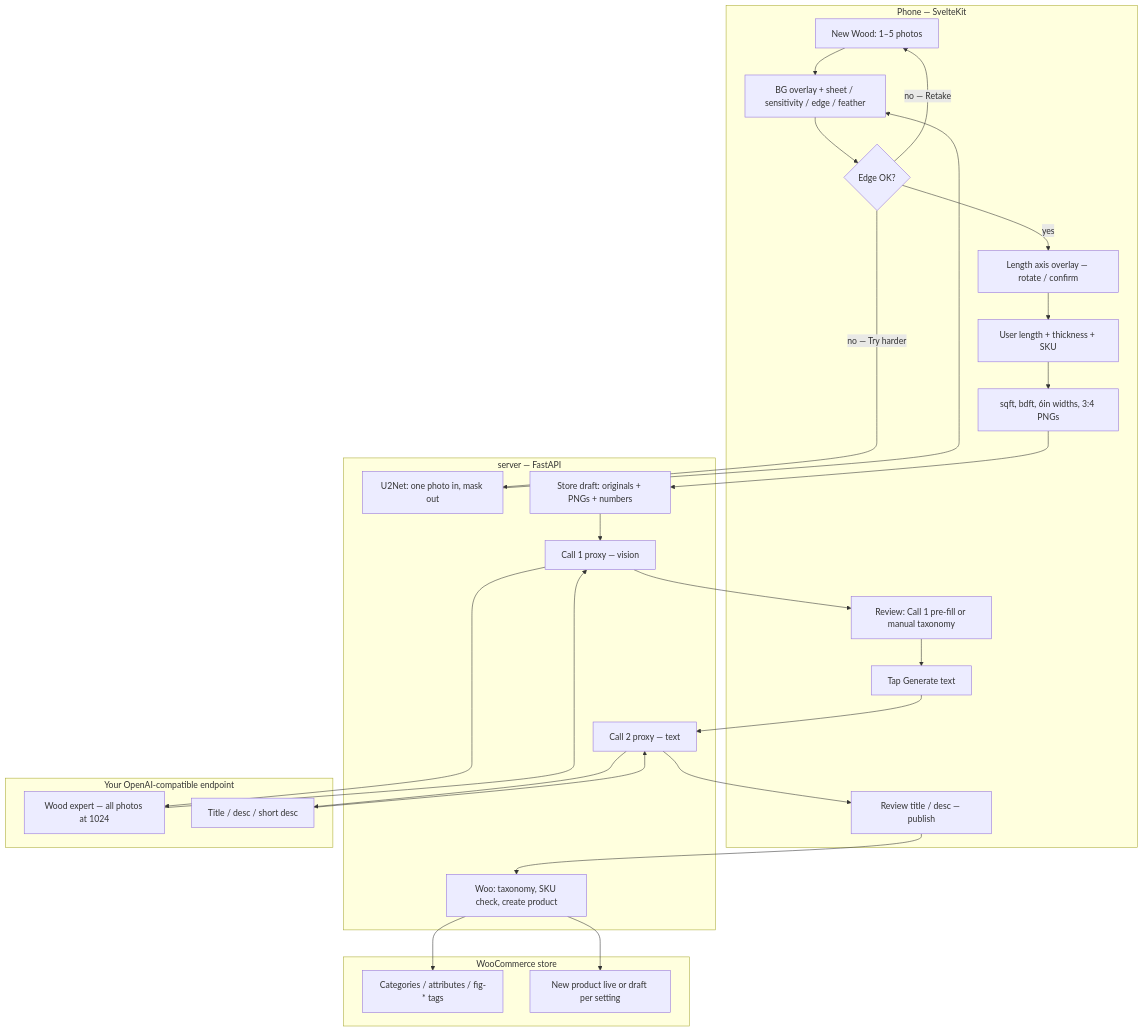
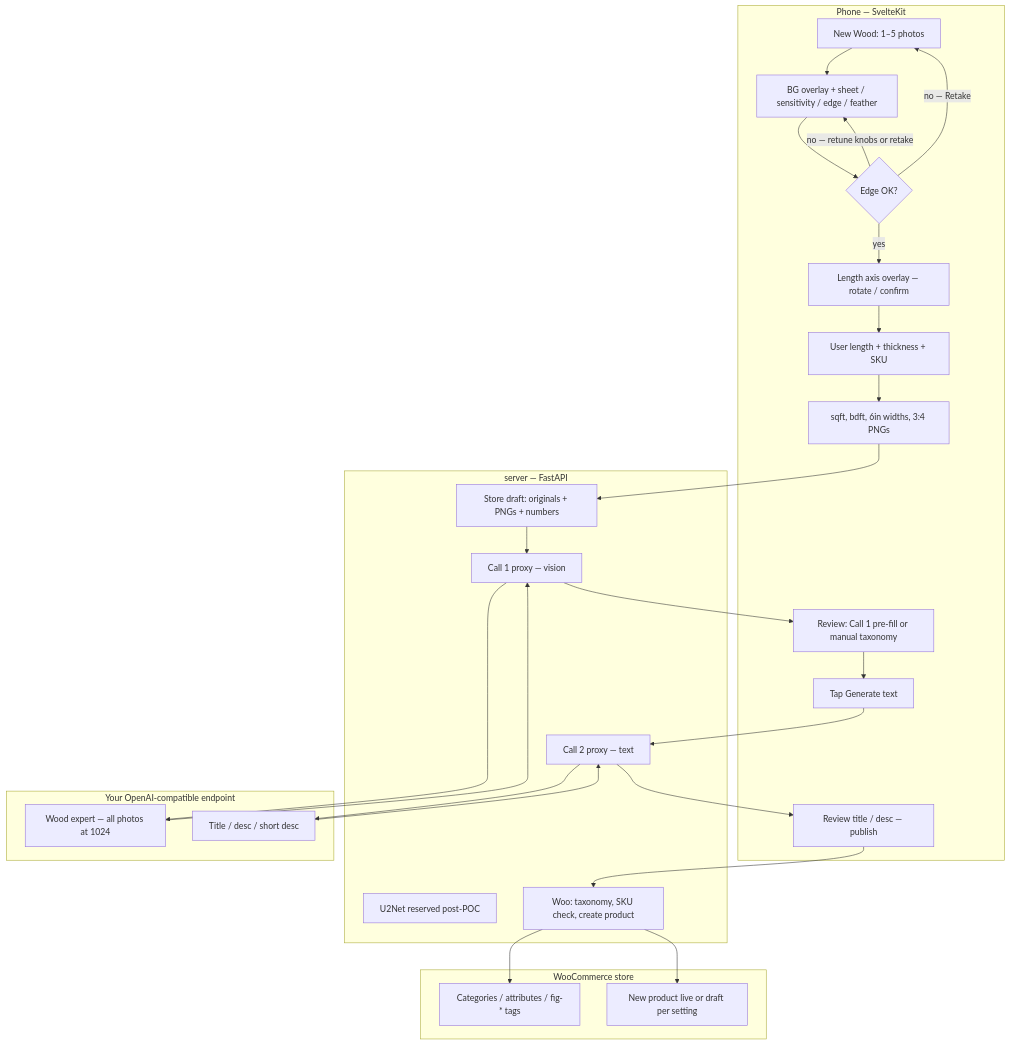
Before and after one commit to tonyjbala-ui/SlabUploader: the diagram in docs/ARCHITECTURE.md, drawn with Mermaid. The commit also changed other lines of this file and 9 other files, not shown here.

````diff
--- a/docs/ARCHITECTURE.md
+++ b/docs/ARCHITECTURE.md
@@ -33,44 +35,43 @@
 ```mermaid
 flowchart TB
   subgraph Phone["Phone — SvelteKit"]
     P1[New Wood: 1–5 photos]
     P2[BG overlay + sheet / sensitivity / edge / feather]
     P3{Edge OK?}
     P4[Length axis overlay — rotate / confirm]
     P5[User length + thickness + SKU]
     P6[sqft, bdft, 6in widths, 3:4 PNGs]
     P7[Review: Call 1 pre-fill or manual taxonomy]
     P8[Tap Generate text]
     P9[Review title / desc — publish]
   end
 
   subgraph API["server — FastAPI"]
-    A1[U2Net: one photo in, mask out]
+    A1[U2Net reserved post-POC]
     A2[Store draft: originals + PNGs + numbers]
     A3[Call 1 proxy — vision]
     A4[Call 2 proxy — text]
     A5[Woo: taxonomy, SKU check, create product]
   end
 
   subgraph LLM["Your OpenAI-compatible endpoint"]
     L1[Wood expert — all photos at 1024]
     L2[Title / desc / short desc]
   end
 
   subgraph Woo["WooCommerce store"]
     W1[Categories / attributes / fig-* tags]
     W2[New product live or draft per setting]
   end
 
   P1 --> P2 --> P3
-  P3 -->|no — Try harder| A1
-  A1 --> P2
+  P3 -->|no — retune knobs or retake| P2
   P3 -->|no — Retake| P1
   P3 -->|yes| P4 --> P5 --> P6
   P6 --> A2
   A2 --> A3 --> L1 --> A3 --> P7
   P7 --> P8 --> A4 --> L2 --> A4 --> P9
   P9 --> A5
   A5 --> W1
   A5 --> W2
 ```
````
